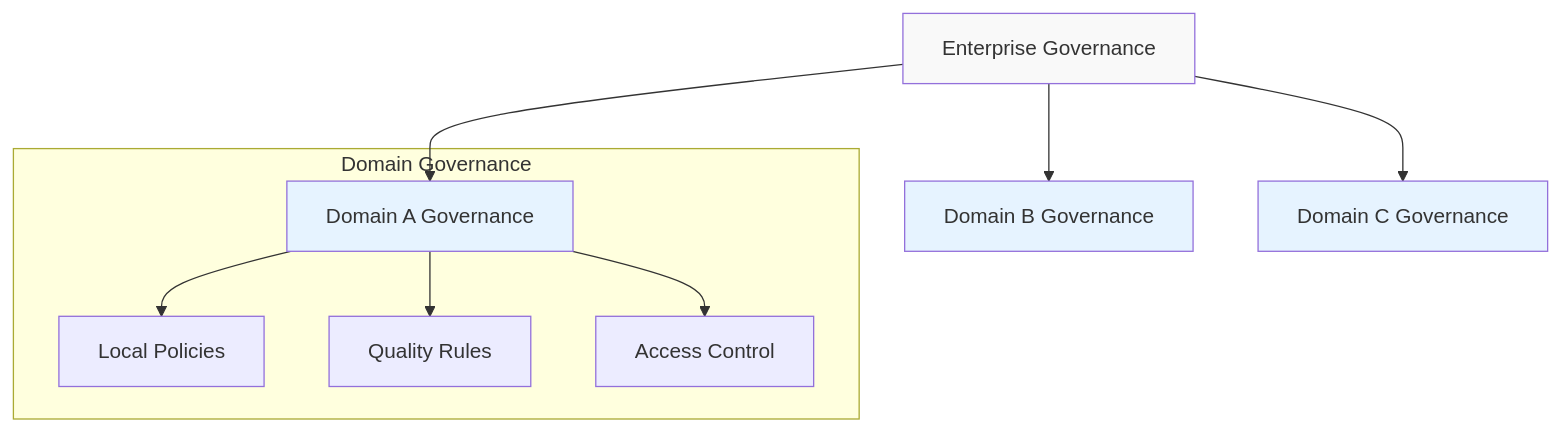
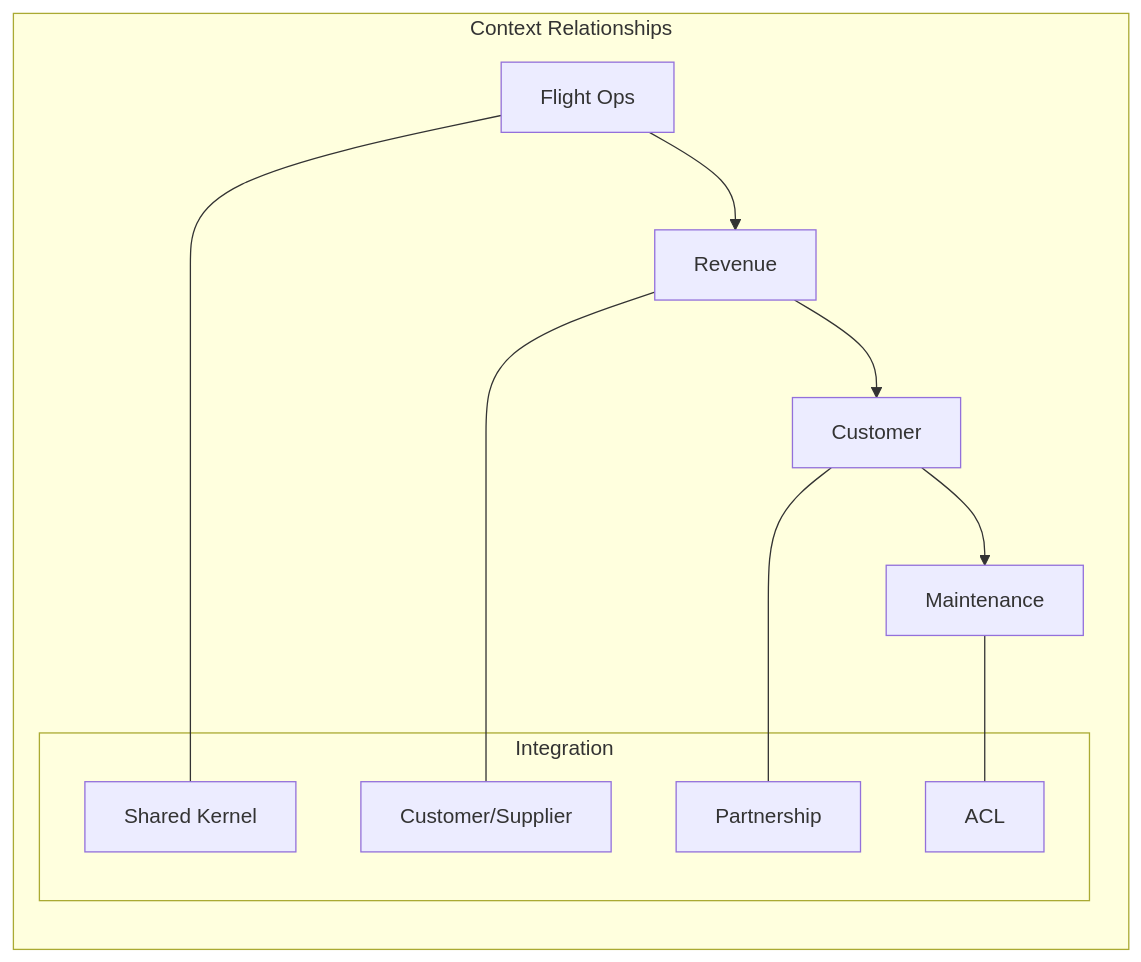
One commit to data-octo/agentic_ai_research changed the fourth of 7 diagrams in enterprise_data_architecture/chapters/04_domain_driven.md. Above: the diagram before and after it, drawn with Mermaid. The commit also changed other lines of this file and 11 other files, not shown here.

````diff
--- a/enterprise_data_architecture/chapters/04_domain_driven.md
+++ b/enterprise_data_architecture/chapters/04_domain_driven.md
@@ -162,17 +134,20 @@
 ```mermaid
-flowchart TD
-    A[Enterprise Governance] --> B[Domain A Governance]
-    A --> C[Domain B Governance]
-    A --> D[Domain C Governance]
-    
-    subgraph "Domain Governance"
-        B --> B1[Local Policies]
-        B --> B2[Quality Rules]
-        B --> B3[Access Control]
+graph LR
+    subgraph "Context Relationships"
+        A[Flight Ops] --> B[Revenue]
+        B --> C[Customer]
+        C --> D[Maintenance]
+        
+        subgraph "Integration"
+            E[Shared Kernel]
+            F[Customer/Supplier]
+            G[Partnership]
+            H[ACL]
+        end
+        
+        A --- E
+        B --- F
+        C --- G
+        D --- H
     end
-    
-    style A fill:#f9f9f9
-    style B fill:#e6f3ff
-    style C fill:#e6f3ff
-    style D fill:#e6f3ff
 ```
````
